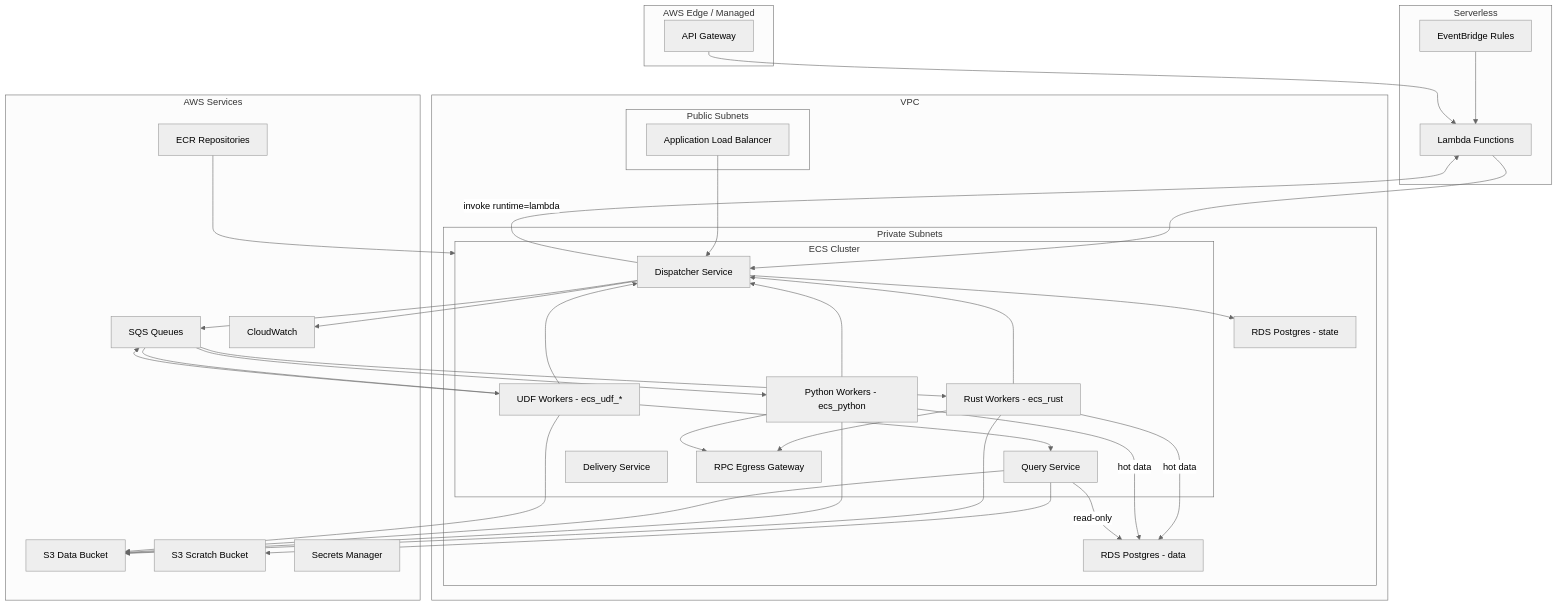
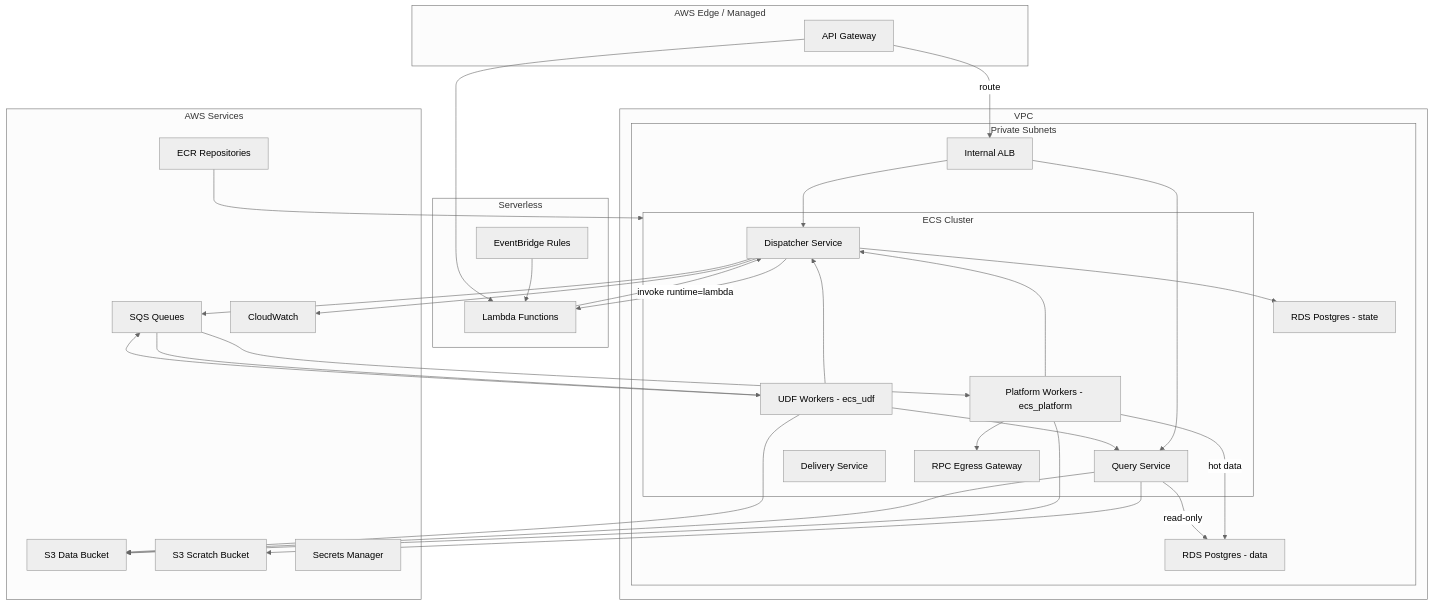
One commit to c7121/trace changed the diagram in docs/deploy/infrastructure.md. Above: the diagram before and after it, drawn with Mermaid (neutral theme). The commit also changed other lines of this file and 23 other files, not shown here.

````diff
--- a/docs/deploy/infrastructure.md
+++ b/docs/deploy/infrastructure.md
@@ -7,23 +7,20 @@
 ```mermaid
 flowchart TB
-    %% NOTE: API Gateway is an AWS-managed edge service, not deployed into subnets.
-    %% If private integration is desired, use API Gateway VPC Link -> ALB/NLB.
+    %% API Gateway is an AWS-managed edge service.
+    %% In v1, API Gateway uses a private integration (VPC Link) to an internal ALB.
     subgraph Edge["AWS Edge / Managed"]
         APIGW[API Gateway]
     end
 
     subgraph VPC["VPC"]
-        subgraph Public["Public Subnets"]
-            ALB[Application Load Balancer]
-        end
+        subgraph Private["Private Subnets"]
+            ALB[Internal ALB]
 
-        subgraph Private["Private Subnets"]
             subgraph ECS["ECS Cluster"]
                 DISPATCHER_SVC[Dispatcher Service]
                 QUERY_SVC[Query Service]
-                RUST_WORKERS["Rust Workers - ecs_rust"]
-                PYTHON_WORKERS["Python Workers - ecs_python"]
-                UDF_WORKERS["UDF Workers - ecs_udf_*"]
+                PLATFORM_WORKERS["Platform Workers - ecs_platform"]
+                UDF_WORKERS["UDF Workers - ecs_udf"]
                 DELIVERY_SVC[Delivery Service]
                 RPC_EGRESS[RPC Egress Gateway]
             end
@@ -37,7 +34,7 @@
         EVENTBRIDGE[EventBridge Rules]
         LAMBDA[Lambda Functions]
     end
-    
+
     subgraph AWS_Services["AWS Services"]
         SQS_QUEUES[SQS Queues]
         S3_BUCKET[S3 Data Bucket]
@@ -46,30 +43,28 @@
         CW[CloudWatch]
         SM[Secrets Manager]
     end
-    
+
+    APIGW -->|route| ALB
+    ALB --> DISPATCHER_SVC
+    ALB --> QUERY_SVC
+
     EVENTBRIDGE --> LAMBDA
     APIGW --> LAMBDA
     LAMBDA --> DISPATCHER_SVC
     DISPATCHER_SVC -->|invoke runtime=lambda| LAMBDA
-    
-    ALB --> DISPATCHER_SVC
-    
+
     DISPATCHER_SVC --> RDS_STATE
     DISPATCHER_SVC --> SQS_QUEUES
     DISPATCHER_SVC --> CW
-    
-    SQS_QUEUES --> RUST_WORKERS
-    SQS_QUEUES --> PYTHON_WORKERS
+
+    SQS_QUEUES --> PLATFORM_WORKERS
     SQS_QUEUES --> UDF_WORKERS
-    
-    RUST_WORKERS --> DISPATCHER_SVC
-    PYTHON_WORKERS --> DISPATCHER_SVC
+
+    PLATFORM_WORKERS --> DISPATCHER_SVC
     UDF_WORKERS --> DISPATCHER_SVC
-    
-    RUST_WORKERS -->|hot data| RDS_DATA
-    RUST_WORKERS --> S3_BUCKET
-    PYTHON_WORKERS -->|hot data| RDS_DATA
-    PYTHON_WORKERS --> S3_BUCKET
+
+    PLATFORM_WORKERS -->|hot data| RDS_DATA
+    PLATFORM_WORKERS --> S3_BUCKET
 
     QUERY_SVC -->|read-only| RDS_DATA
     QUERY_SVC --> S3_BUCKET
@@ -79,11 +74,10 @@
     UDF_WORKERS --> S3_BUCKET
     UDF_WORKERS --> SQS_QUEUES
 
-    RUST_WORKERS --> RPC_EGRESS
-    PYTHON_WORKERS --> RPC_EGRESS
-    
+    PLATFORM_WORKERS --> RPC_EGRESS
+
     %% Secrets are injected at task launch via ECS task definition secrets.
     %% Untrusted UDF tasks do not have Secrets Manager permissions.
-    
+
     ECR --> ECS
 ```
````
